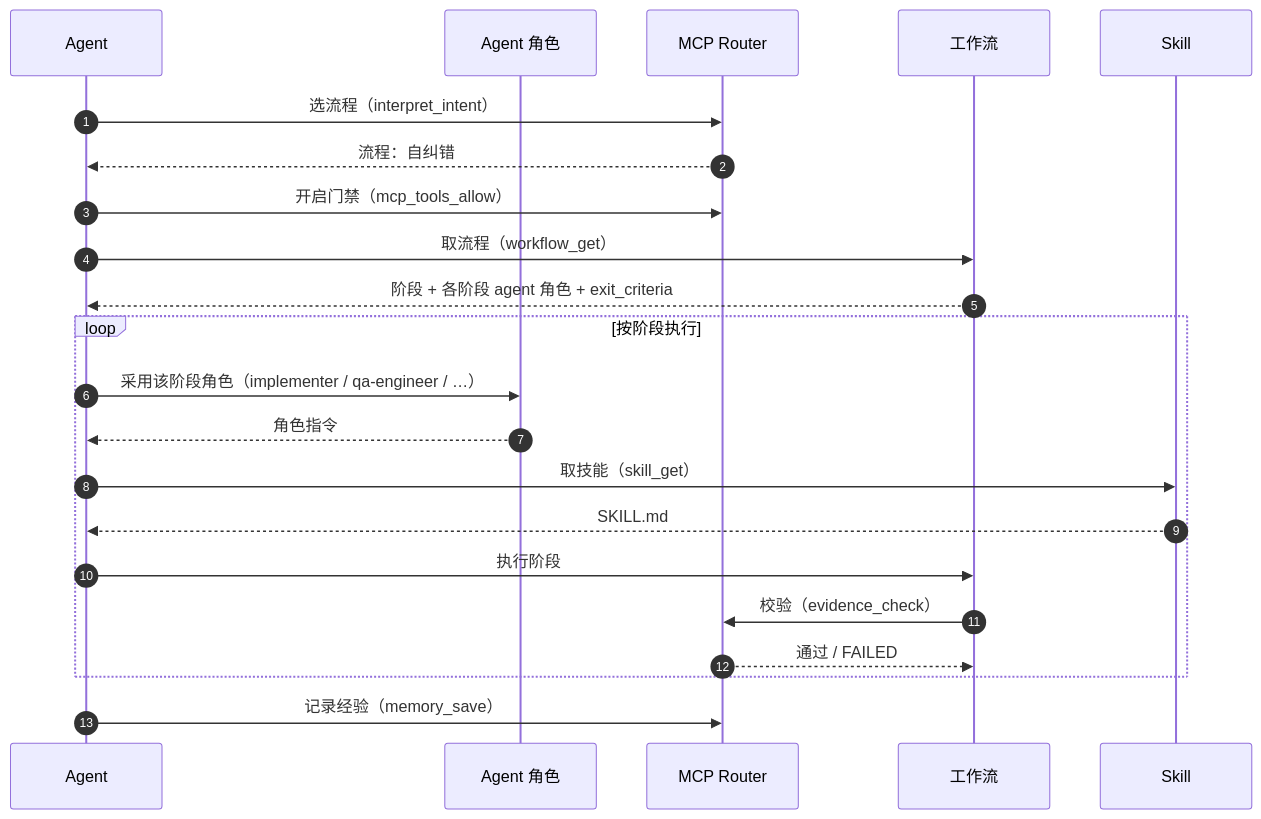
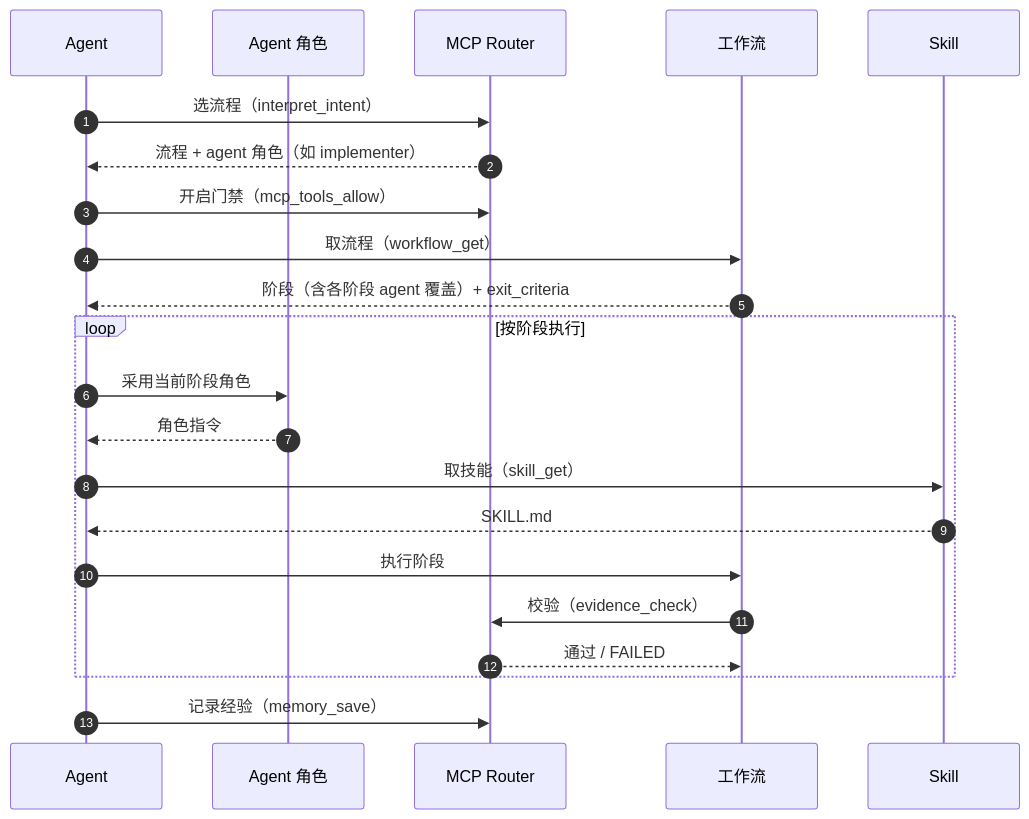
Before and after one commit to parkwoo/wawoo-agent-skills: the diagram in README.zh-CN.md, drawn with Mermaid. The commit also changed 3 other files, not shown here.

````diff
--- a/README.zh-CN.md
+++ b/README.zh-CN.md
@@ -62,24 +62,24 @@
 ```mermaid
 sequenceDiagram
     autonumber
     participant A as Agent
     participant G as Agent 角色
     participant R as MCP Router
     participant W as 工作流
     participant S as Skill
     A->>R: 选流程（interpret_intent）
-    R-->>A: 流程：自纠错
+    R-->>A: 流程 + agent 角色（如 implementer）
     A->>R: 开启门禁（mcp_tools_allow）
     A->>W: 取流程（workflow_get）
-    W-->>A: 阶段 + 各阶段 agent 角色 + exit_criteria
+    W-->>A: 阶段（含各阶段 agent 覆盖）+ exit_criteria
     loop 按阶段执行
-        A->>G: 采用该阶段角色（implementer / qa-engineer / …）
+        A->>G: 采用当前阶段角色
         G-->>A: 角色指令
         A->>S: 取技能（skill_get）
         S-->>A: SKILL.md
         A->>W: 执行阶段
         W->>R: 校验（evidence_check）
         R-->>W: 通过 / FAILED
     end
     A->>R: 记录经验（memory_save）
 ```
````
